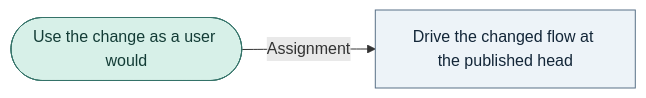
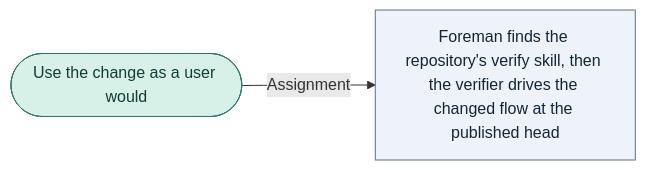
The diagram in docs/graph/blueprint/views/workers/verifier.mmd (bookout-labs/tools), drawn with Mermaid before and after one commit. The commit also changed 16 other files, not shown here.

Commit message:
Verify drawing: no_skill outcome, stale evidence posted, Review's model rule, captures in scratch, built stages stay strict

```diff
--- a/docs/graph/blueprint/views/workers/verifier.mmd
+++ b/docs/graph/blueprint/views/workers/verifier.mmd
@@ -1,9 +1,9 @@
 flowchart LR
     n0(["Use the change as a user would"]):::worker
-    n1["Drive the changed flow at the published head"]:::step
+    n1["Foreman finds the repository's verify skill, then the verifier drives the changed flow at the published head"]:::step
     n0 -->|"Assignment"| n1
     classDef stage fill:#dcebf8,stroke:#315675,color:#10283b
     classDef step fill:#edf3f8,stroke:#597187,color:#132638
     classDef worker fill:#d7f0e8,stroke:#357369,color:#133c36
     classDef gate fill:#fff0c9,stroke:#89641f,color:#3f2b0b
     classDef terminal fill:#f0f0f0,stroke:#666666,color:#202020
```
